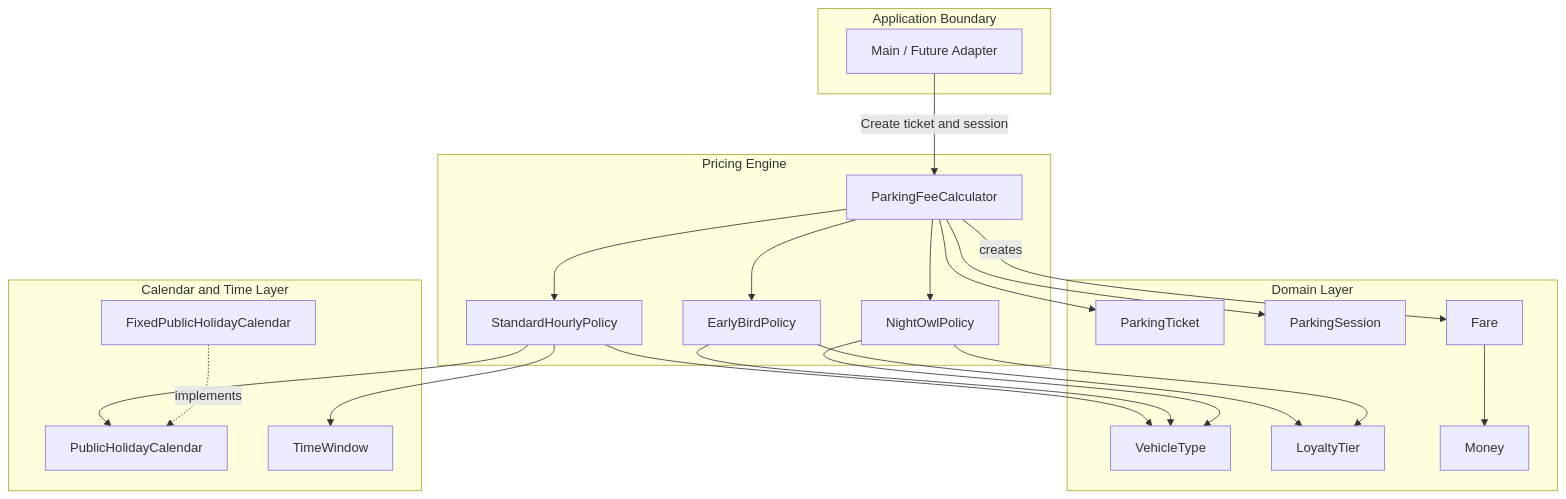
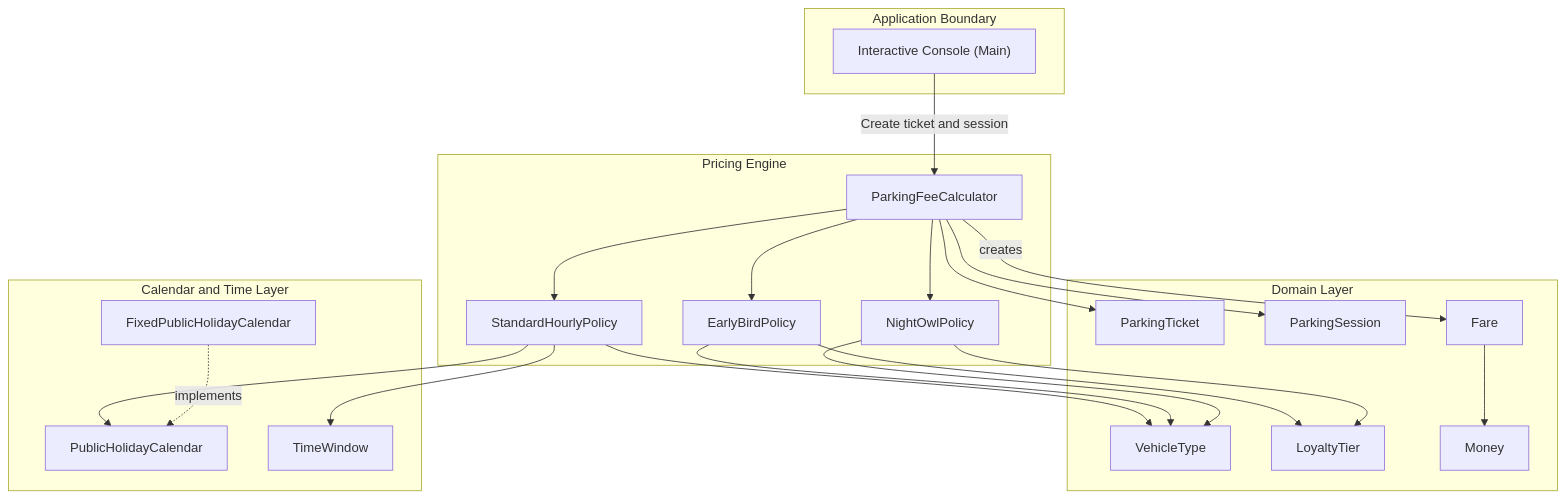
The second of 13 diagrams in SYSTEM_DESIGN_DIAGRAMS.md (hariharamuvvala/smart-parking-lot), drawn with Mermaid before and after one commit. The commit also changed other lines of this file and 7 other files, not shown here.

````diff
--- a/SYSTEM_DESIGN_DIAGRAMS.md
+++ b/SYSTEM_DESIGN_DIAGRAMS.md
@@ -48,48 +48,48 @@
 ```mermaid
 flowchart TB
     subgraph App["Application Boundary"]
-        Main["Main / Future Adapter"]
+        Main["Interactive Console (Main)"]
     end
 
     subgraph Engine["Pricing Engine"]
         Calculator["ParkingFeeCalculator"]
         Standard["StandardHourlyPolicy"]
         Early["EarlyBirdPolicy"]
         Night["NightOwlPolicy"]
     end
 
     subgraph Domain["Domain Layer"]
         Ticket["ParkingTicket"]
         Session["ParkingSession"]
         Vehicle["VehicleType"]
         Loyalty["LoyaltyTier"]
         Money["Money"]
         Fare["Fare"]
     end
 
     subgraph Calendar["Calendar and Time Layer"]
         Holiday["PublicHolidayCalendar"]
         Fixed["FixedPublicHolidayCalendar"]
         Window["TimeWindow"]
     end
 
     Main -->|"Create ticket and session"| Calculator
     Calculator --> Ticket
     Calculator --> Session
     Calculator --> Standard
     Calculator --> Early
     Calculator --> Night
 
     Standard --> Window
     Standard --> Holiday
     Standard --> Vehicle
 
     Early --> Vehicle
     Early --> Loyalty
     Night --> Vehicle
     Night --> Loyalty
 
     Fixed -. "implements" .-> Holiday
     Calculator -->|"creates"| Fare
     Fare --> Money
 ```
````
